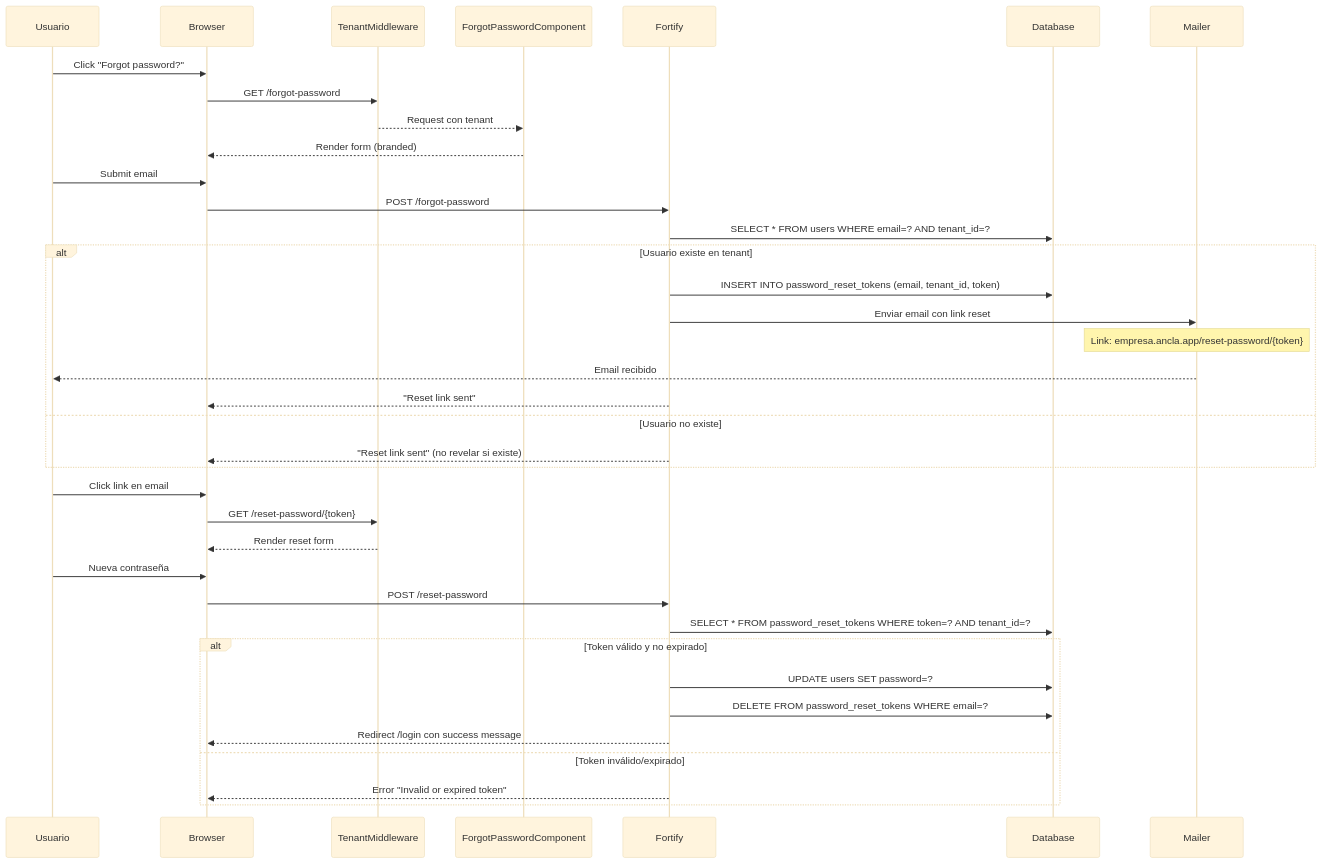
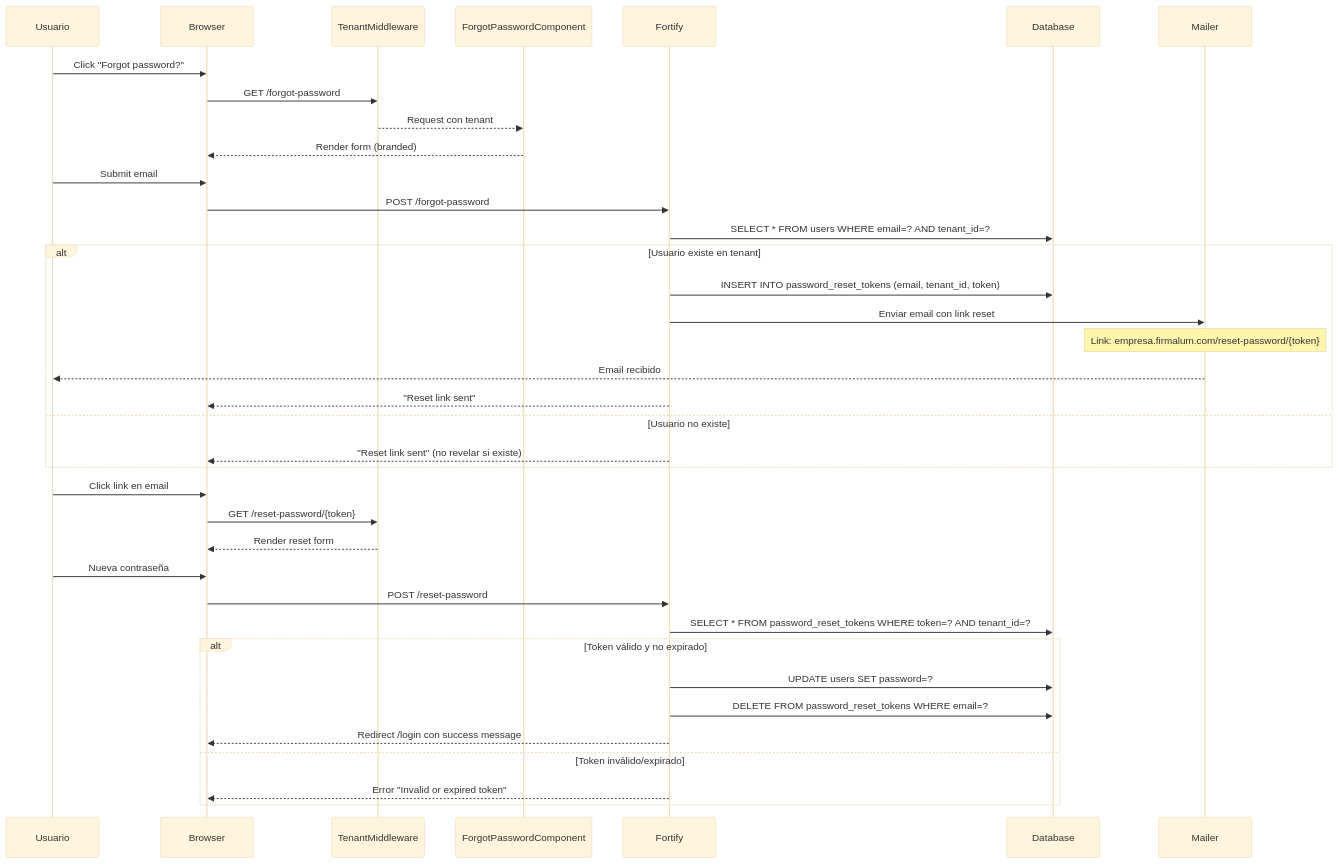
Before and after one commit to robertorubioes/ancla: the fourth of 6 diagrams in docs/architecture/decisions.md, drawn with Mermaid (base theme). The commit also changed other lines of this file and 123 other files, not shown here.

First line of the commit message:
chore: rename ANCLA to Firmalum and fix migration order

````diff
--- a/docs/architecture/decisions.md
+++ b/docs/architecture/decisions.md
@@ -1079,45 +1079,45 @@
 ```mermaid
 sequenceDiagram
     participant U as Usuario
     participant B as Browser
     participant TM as TenantMiddleware
     participant FC as ForgotPasswordComponent
     participant F as Fortify
     participant DB as Database
     participant M as Mailer
     
     U->>B: Click "Forgot password?"
     B->>TM: GET /forgot-password
     TM-->>FC: Request con tenant
     FC-->>B: Render form (branded)
     
     U->>B: Submit email
     B->>F: POST /forgot-password
     F->>DB: SELECT * FROM users WHERE email=? AND tenant_id=?
     
     alt Usuario existe en tenant
         F->>DB: INSERT INTO password_reset_tokens (email, tenant_id, token)
         F->>M: Enviar email con link reset
-        Note over M: Link: empresa.ancla.app/reset-password/{token}
+        Note over M: Link: empresa.firmalum.com/reset-password/{token}
         M-->>U: Email recibido
         F-->>B: "Reset link sent"
     else Usuario no existe
         F-->>B: "Reset link sent" (no revelar si existe)
     end
     
     U->>B: Click link en email
     B->>TM: GET /reset-password/{token}
     TM-->>B: Render reset form
     
     U->>B: Nueva contraseña
     B->>F: POST /reset-password
     F->>DB: SELECT * FROM password_reset_tokens WHERE token=? AND tenant_id=?
     
     alt Token válido y no expirado
         F->>DB: UPDATE users SET password=?
         F->>DB: DELETE FROM password_reset_tokens WHERE email=?
         F-->>B: Redirect /login con success message
     else Token inválido/expirado
         F-->>B: Error "Invalid or expired token"
     end
 ```
````
